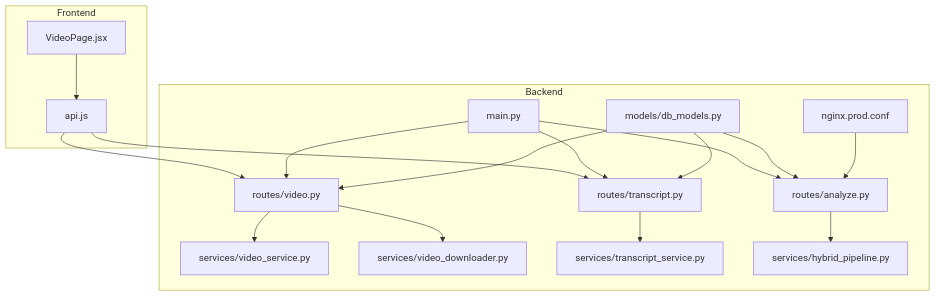
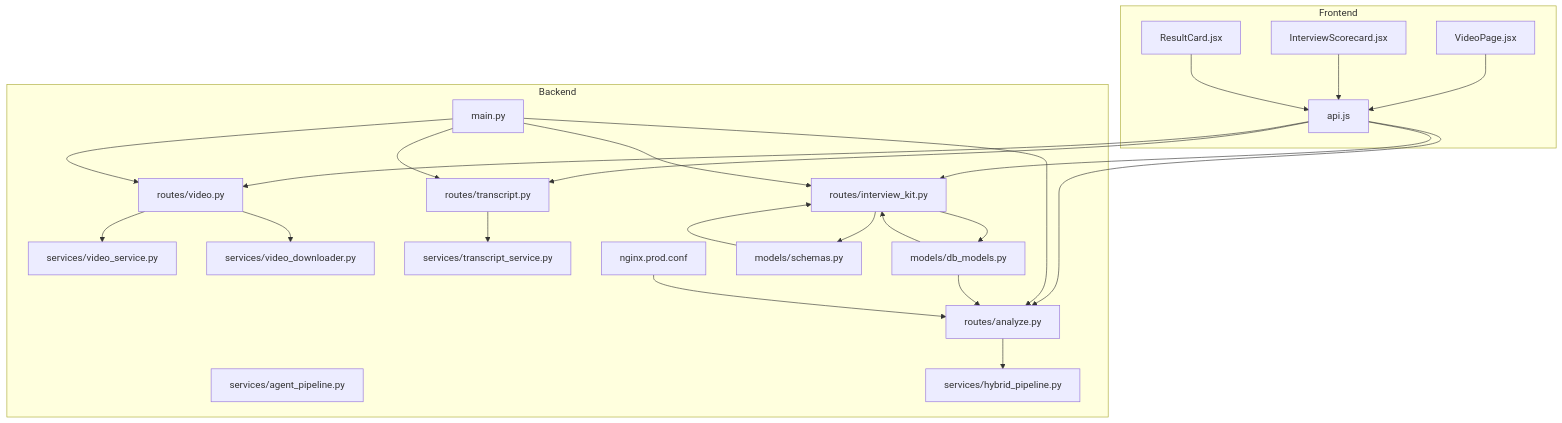
One commit to Revanththetalogics/aireume changed the first of 12 diagrams in .qoder/repowiki/en/content/Video Analysis/Interview Analysis Workflow.md. Above: the diagram before and after it, drawn with Mermaid. The commit also changed other lines of this file and 41 other files, not shown here.

````diff
--- a/.qoder/repowiki/en/content/Video Analysis/Interview Analysis Workflow.md
+++ b/.qoder/repowiki/en/content/Video Analysis/Interview Analysis Workflow.md
@@ -39,33 +57,45 @@
 ```mermaid
 graph TB
 subgraph "Frontend"
 VP["VideoPage.jsx"]
+IS["InterviewScorecard.jsx"]
+RC["ResultCard.jsx"]
 API["api.js"]
 end
 subgraph "Backend"
 ROUTE_VIDEO["routes/video.py"]
 ROUTE_TRANSCRIPT["routes/transcript.py"]
 ROUTE_ANALYZE["routes/analyze.py"]
+ROUTE_KIT["routes/interview_kit.py"]
 SVC_VIDEO["services/video_service.py"]
 SVC_DOWN["services/video_downloader.py"]
 SVC_TRANSCRIPT["services/transcript_service.py"]
+SVC_AGENT["services/agent_pipeline.py"]
 PIPELINE["services/hybrid_pipeline.py"]
 MAIN["main.py"]
 MODELS["models/db_models.py"]
+SCHEMAS["models/schemas.py"]
 NGINX["nginx.prod.conf"]
 end
 VP --> API
+IS --> API
+RC --> API
 API --> ROUTE_VIDEO
 API --> ROUTE_TRANSCRIPT
+API --> ROUTE_ANALYZE
+API --> ROUTE_KIT
 ROUTE_VIDEO --> SVC_VIDEO
 ROUTE_VIDEO --> SVC_DOWN
 ROUTE_TRANSCRIPT --> SVC_TRANSCRIPT
 ROUTE_ANALYZE --> PIPELINE
+ROUTE_KIT --> MODELS
+ROUTE_KIT --> SCHEMAS
 MAIN --> ROUTE_VIDEO
 MAIN --> ROUTE_TRANSCRIPT
 MAIN --> ROUTE_ANALYZE
+MAIN --> ROUTE_KIT
 MODELS --> ROUTE_ANALYZE
-MODELS --> ROUTE_VIDEO
-MODELS --> ROUTE_TRANSCRIPT
+MODELS --> ROUTE_KIT
+SCHEMAS --> ROUTE_KIT
 NGINX --> ROUTE_ANALYZE
 ```
````
